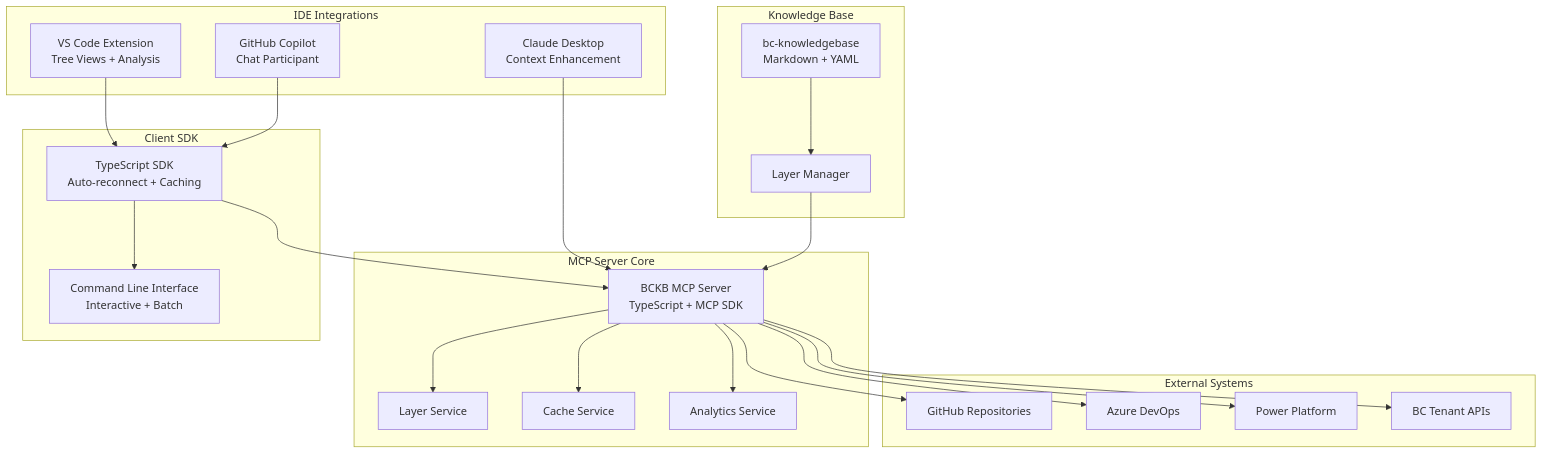
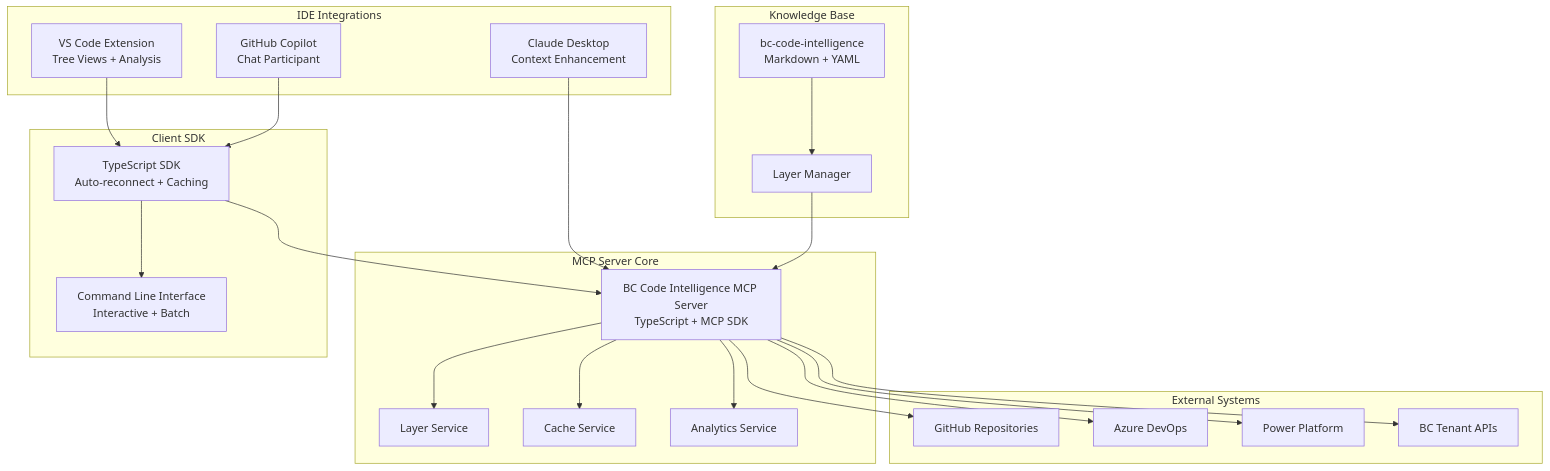
The first of 4 diagrams in docs/integration-ecosystem.md (JeremyVyska/bc-code-intelligence-mcp), drawn with Mermaid before and after one commit. The commit also changed other lines of this file and 4 other files, not shown here.

First line of the commit message:
Complete BC Code Intelligence migration

````diff
--- a/docs/integration-ecosystem.md
+++ b/docs/integration-ecosystem.md
@@ -9,47 +9,47 @@
 ```mermaid
 graph TB
     subgraph "Knowledge Base"
-        KB[bc-knowledgebase<br/>Markdown + YAML]
+        KB[bc-code-intelligence<br/>Markdown + YAML]
         LM[Layer Manager]
         KB --> LM
     end
 
     subgraph "MCP Server Core"
-        MCP[BCKB MCP Server<br/>TypeScript + MCP SDK]
+        MCP[BC Code Intelligence MCP Server<br/>TypeScript + MCP SDK]
         LS[Layer Service]
         CS[Cache Service]
         AS[Analytics Service]
         MCP --> LS
         MCP --> CS
         MCP --> AS
     end
 
     subgraph "Client SDK"
         SDK[TypeScript SDK<br/>Auto-reconnect + Caching]
         CLI[Command Line Interface<br/>Interactive + Batch]
         SDK --> CLI
     end
 
     subgraph "IDE Integrations"
         VSC[VS Code Extension<br/>Tree Views + Analysis]
         COP[GitHub Copilot<br/>Chat Participant]
         CLD[Claude Desktop<br/>Context Enhancement]
         VSC --> SDK
         COP --> SDK
         CLD --> MCP
     end
 
     subgraph "External Systems"
         GH[GitHub Repositories]
         ADO[Azure DevOps]
         PWR[Power Platform]
         BCT[BC Tenant APIs]
     end
 
     LM --> MCP
     SDK --> MCP
     MCP --> GH
     MCP --> ADO
     MCP --> PWR
     MCP --> BCT
 ```
````
